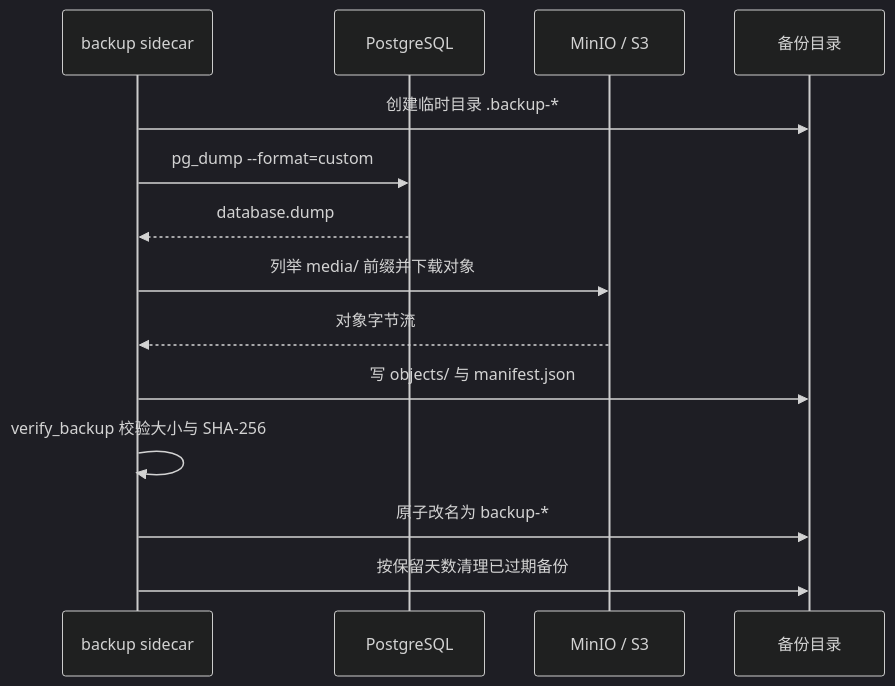
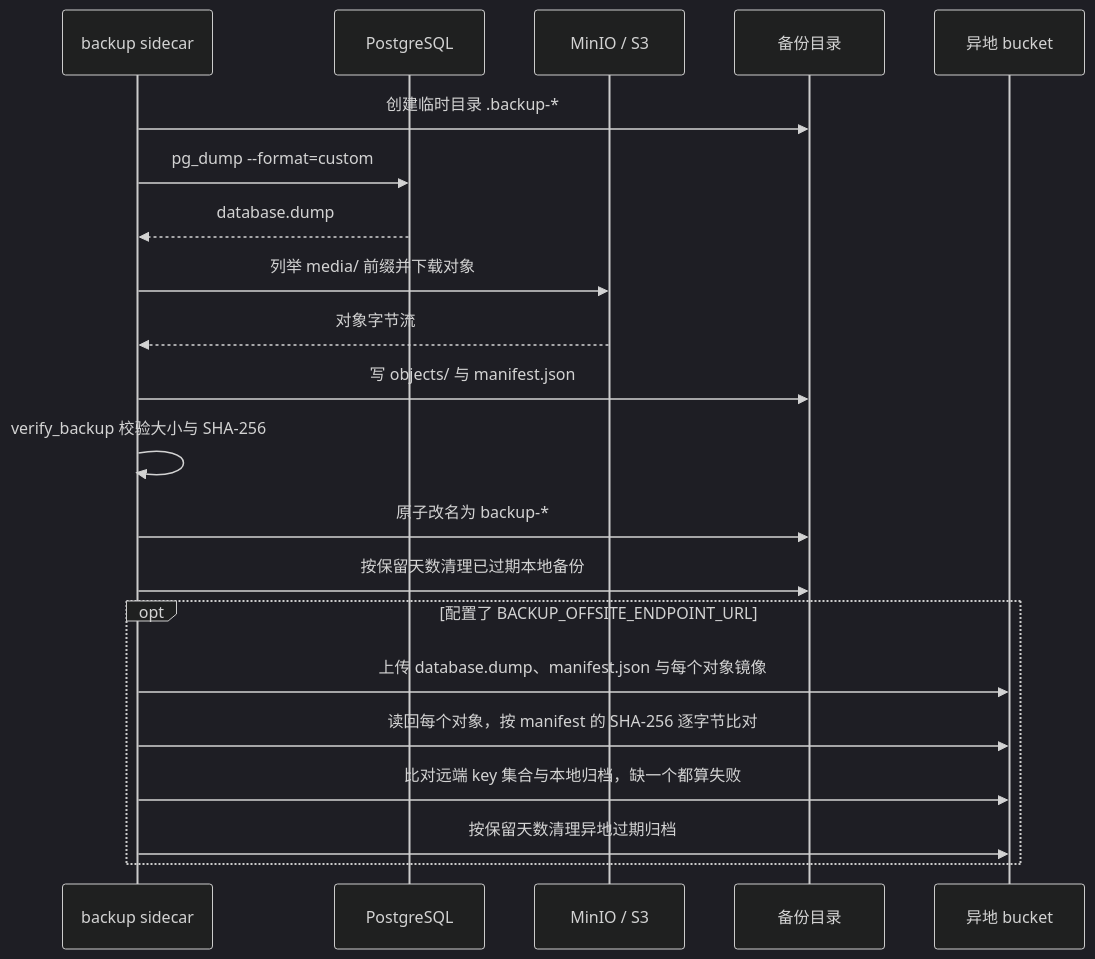
Before and after one commit to strawberry-little-bear/campus_glimmer: the diagram in docs/backup-restore.md, drawn with Mermaid (dark theme). The commit also changed other lines of this file and 6 other files, not shown here.

````diff
--- a/docs/backup-restore.md
+++ b/docs/backup-restore.md
@@ -24,16 +24,23 @@
 ```mermaid
 sequenceDiagram
     participant S as backup sidecar
     participant PG as PostgreSQL
     participant S3 as MinIO / S3
     participant D as 备份目录
+    participant O as 异地 bucket
     S->>D: 创建临时目录 .backup-*
     S->>PG: pg_dump --format=custom
     PG-->>S: database.dump
     S->>S3: 列举 media/ 前缀并下载对象
     S3-->>S: 对象字节流
     S->>D: 写 objects/ 与 manifest.json
     S->>S: verify_backup 校验大小与 SHA-256
     S->>D: 原子改名为 backup-*
-    S->>D: 按保留天数清理已过期备份
+    S->>D: 按保留天数清理已过期本地备份
+    opt 配置了 BACKUP_OFFSITE_ENDPOINT_URL
+        S->>O: 上传 database.dump、manifest.json 与每个对象镜像
+        S->>O: 读回每个对象，按 manifest 的 SHA-256 逐字节比对
+        S->>O: 比对远端 key 集合与本地归档，缺一个都算失败
+        S->>O: 按保留天数清理异地过期归档
+    end
 ```
````
